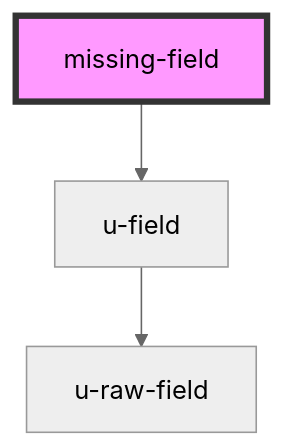
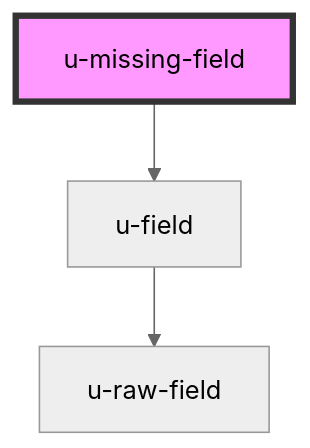
Before and after one commit to UnidyID/unidy-sdk: the diagram in packages/auth/src/components/auth/missing-field/readme.md, drawn with Mermaid (neutral theme). The commit also changed other lines of this file and 6 other files, not shown here.

````diff
--- a/packages/auth/src/components/auth/missing-field/readme.md
+++ b/packages/auth/src/components/auth/missing-field/readme.md
@@ -22,6 +15,6 @@
 ```mermaid
 graph TD;
-  missing-field --> u-field
+  u-missing-field --> u-field
   u-field --> u-raw-field
-  style missing-field fill:#f9f,stroke:#333,stroke-width:4px
+  style u-missing-field fill:#f9f,stroke:#333,stroke-width:4px
 ```
````
